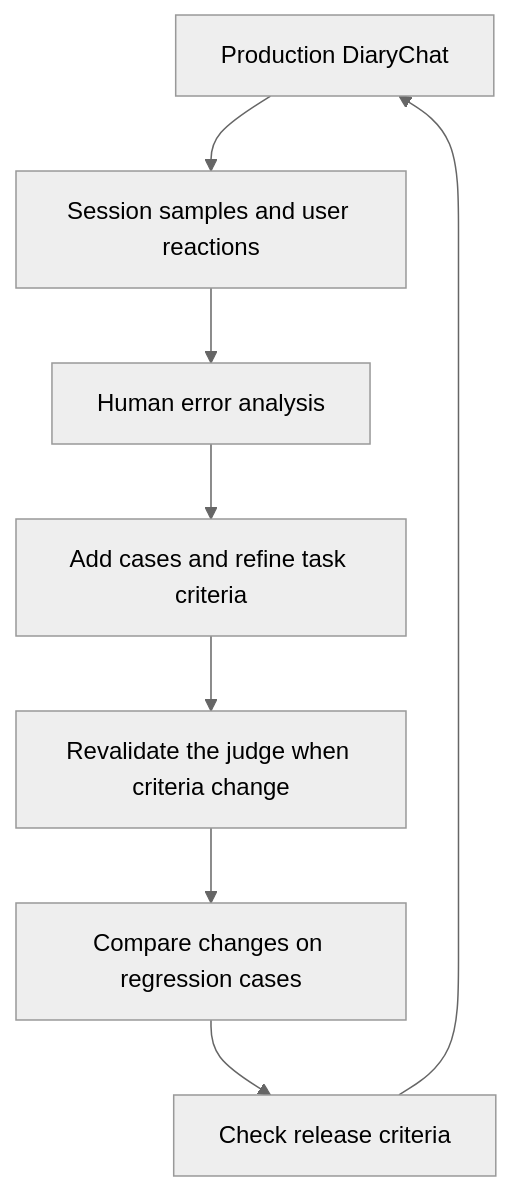
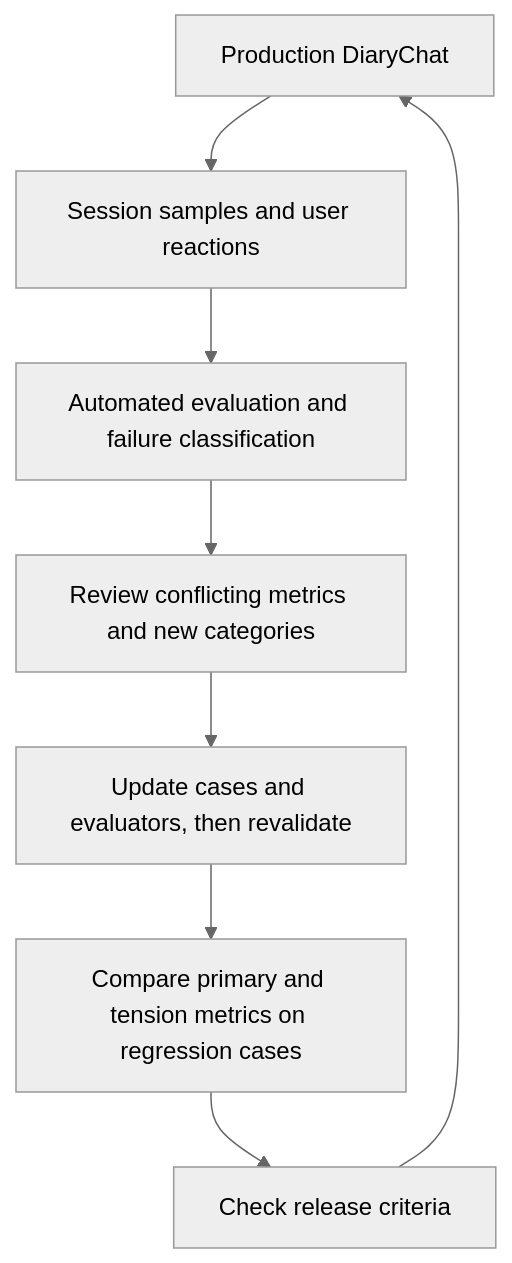
The third of 3 diagrams in _en/2026-10-05-evaluating-new-agent-applications.md (haandol/haandol.github.com), drawn with Mermaid (neutral theme) before and after one commit. The commit also changed other lines of this file and 1 other file, not shown here.

Commit message:
Expand evaluation playbook with automation and tension metrics

````diff
--- a/_en/2026-10-05-evaluating-new-agent-applications.md
+++ b/_en/2026-10-05-evaluating-new-agent-applications.md
@@ -331,10 +387,10 @@
 ```mermaid
 flowchart TD
     A["Production DiaryChat"] --> B["Session samples and user reactions"]
-    B --> C["Human error analysis"]
-    C --> D["Add cases and refine task criteria"]
-    D --> E["Revalidate the judge when criteria change"]
-    E --> F["Compare changes on regression cases"]
+    B --> C["Automated evaluation and failure classification"]
+    C --> D["Review conflicting metrics and new categories"]
+    D --> E["Update cases and evaluators, then revalidate"]
+    E --> F["Compare primary and tension metrics on regression cases"]
     F --> G["Check release criteria"]
     G --> A
 ```
````
